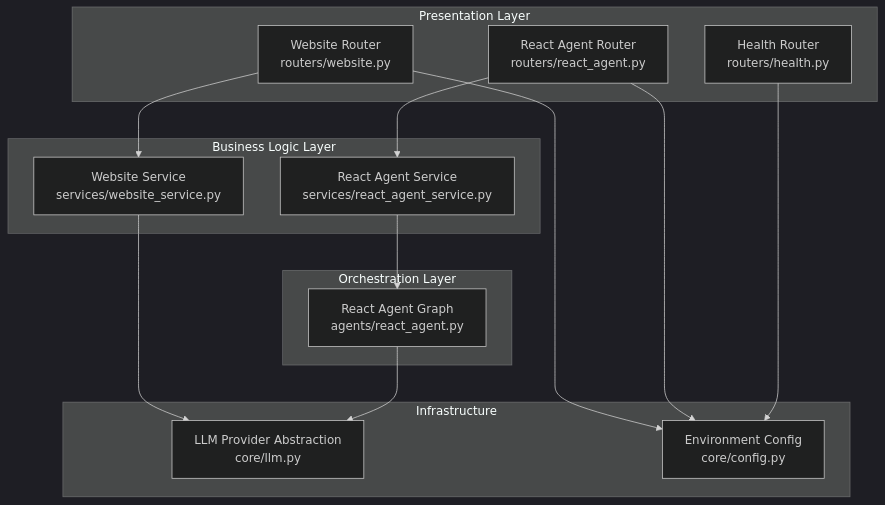
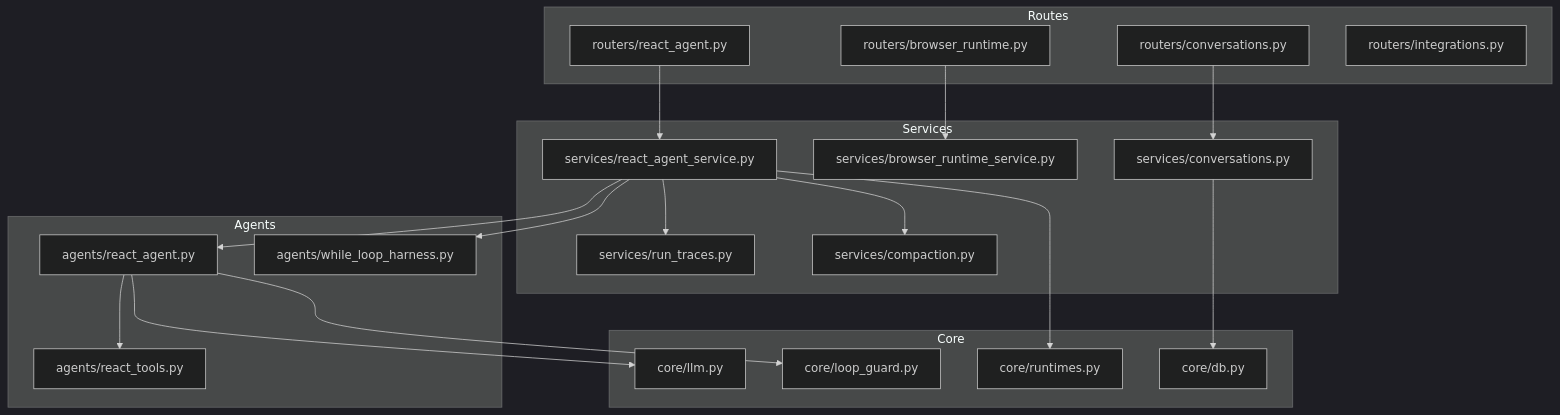
The first of 6 diagrams in src/data/docs/agentic-browser/System Architecture/Backend Server Design.md (tashifkhan/tashif.codes), drawn with Mermaid (dark theme) before and after one commit. The commit also changed other lines of this file and 114 other files, not shown here.

````diff
--- a/src/data/docs/agentic-browser/System Architecture/Backend Server Design.md
+++ b/src/data/docs/agentic-browser/System Architecture/Backend Server Design.md
@@ -45,27 +18,39 @@
 ```mermaid
 graph TB
-subgraph "Presentation Layer"
-RWebsite["Website Router<br/>routers/website.py"]
-RReact["React Agent Router<br/>routers/react_agent.py"]
-RHealth["Health Router<br/>routers/health.py"]
+subgraph "Routes"
+  RA["routers/react_agent.py"]
+  RB["routers/browser_runtime.py"]
+  RC["routers/conversations.py"]
+  RI["routers/integrations.py"]
 end
-subgraph "Business Logic Layer"
-SWebsite["Website Service<br/>services/website_service.py"]
-SReact["React Agent Service<br/>services/react_agent_service.py"]
+subgraph "Services"
+  SA["services/react_agent_service.py"]
+  SB["services/browser_runtime_service.py"]
+  SC["services/conversations.py"]
+  SD["services/run_traces.py"]
+  SE["services/compaction.py"]
 end
-subgraph "Orchestration Layer"
-Agent["React Agent Graph<br/>agents/react_agent.py"]
+subgraph "Agents"
+  AA["agents/react_agent.py"]
+  AB["agents/while_loop_harness.py"]
+  AC["agents/react_tools.py"]
 end
-subgraph "Infrastructure"
-LLM["LLM Provider Abstraction<br/>core/llm.py"]
-CFG["Environment Config<br/>core/config.py"]
+subgraph "Core"
+  CA["core/llm.py"]
+  CB["core/db.py"]
+  CC["core/loop_guard.py"]
+  CD["core/runtimes.py"]
 end
-RWebsite --> SWebsite
-RReact --> SReact
-SWebsite --> LLM
-SReact --> Agent
-Agent --> LLM
-RWebsite --> CFG
-RReact --> CFG
-RHealth --> CFG
+RA --> SA
+RB --> SB
+RC --> SC
+SA --> AA
+SA --> AB
+SA --> SD
+SA --> SE
+AA --> AC
+AA --> CA
+AA --> CC
+SA --> CD
+SC --> CB
 ```
````
